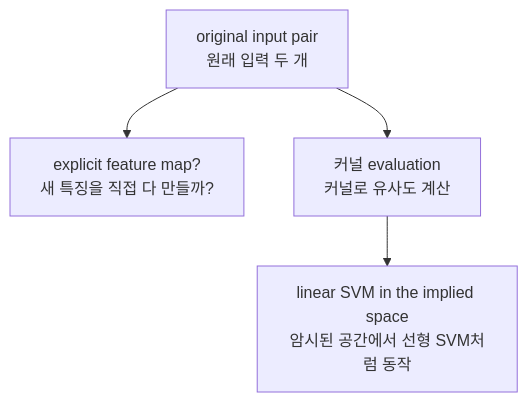
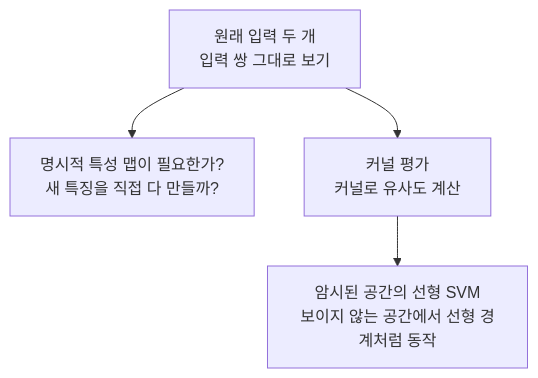
The diagram in docs/assets/part-04/chapter-13/p4-13-2-mermaid-02-ko.mmd (devchan64/AiBook), drawn with Mermaid before and after one commit. The commit also changed 8 other files, not shown here.

Commit message:
Finish Part 4 Korean diagram localization

```diff
--- a/docs/assets/part-04/chapter-13/p4-13-2-mermaid-02-ko.mmd
+++ b/docs/assets/part-04/chapter-13/p4-13-2-mermaid-02-ko.mmd
@@ -1,8 +1,8 @@
 flowchart TD
-  A["original input pair<br/>원래 입력 두 개"]
-  B["explicit feature map?<br/>새 특징을 직접 다 만들까?"]
-  C["커널 evaluation<br/>커널로 유사도 계산"]
-  D["linear SVM in the implied space<br/>암시된 공간에서 선형 SVM처럼 동작"]
+  A["원래 입력 두 개<br/>입력 쌍 그대로 보기"]
+  B["명시적 특성 맵이 필요한가?<br/>새 특징을 직접 다 만들까?"]
+  C["커널 평가<br/>커널로 유사도 계산"]
+  D["암시된 공간의 선형 SVM<br/>보이지 않는 공간에서 선형 경계처럼 동작"]
 
   A --> B
   A --> C --> D
```
